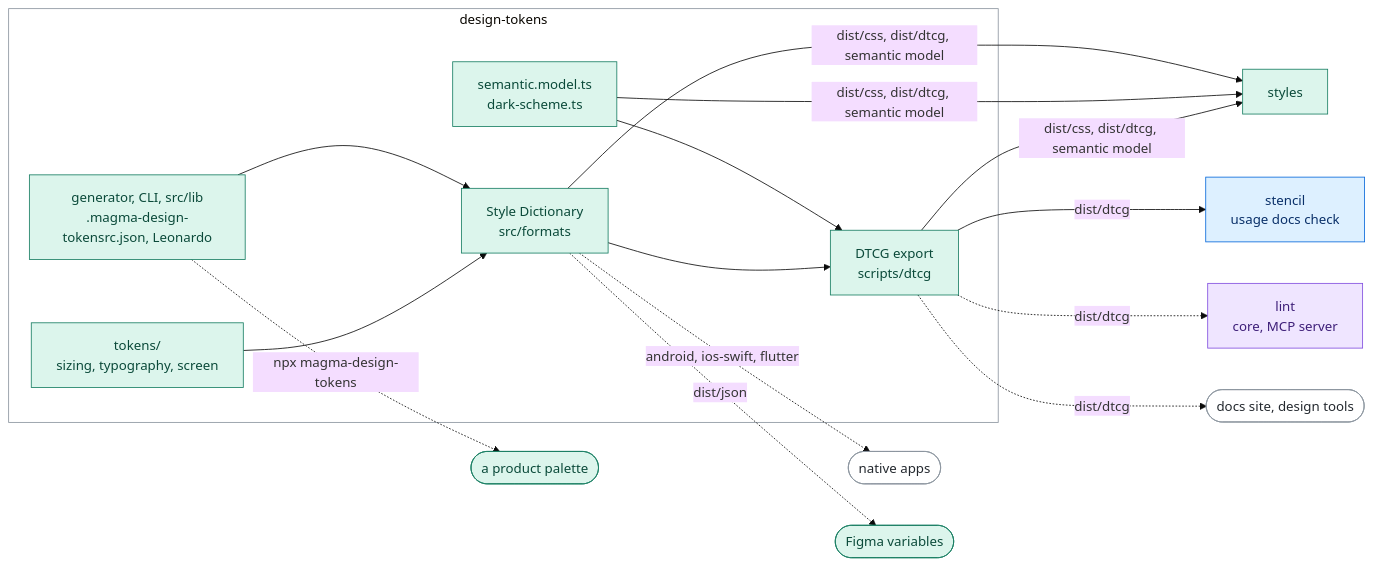
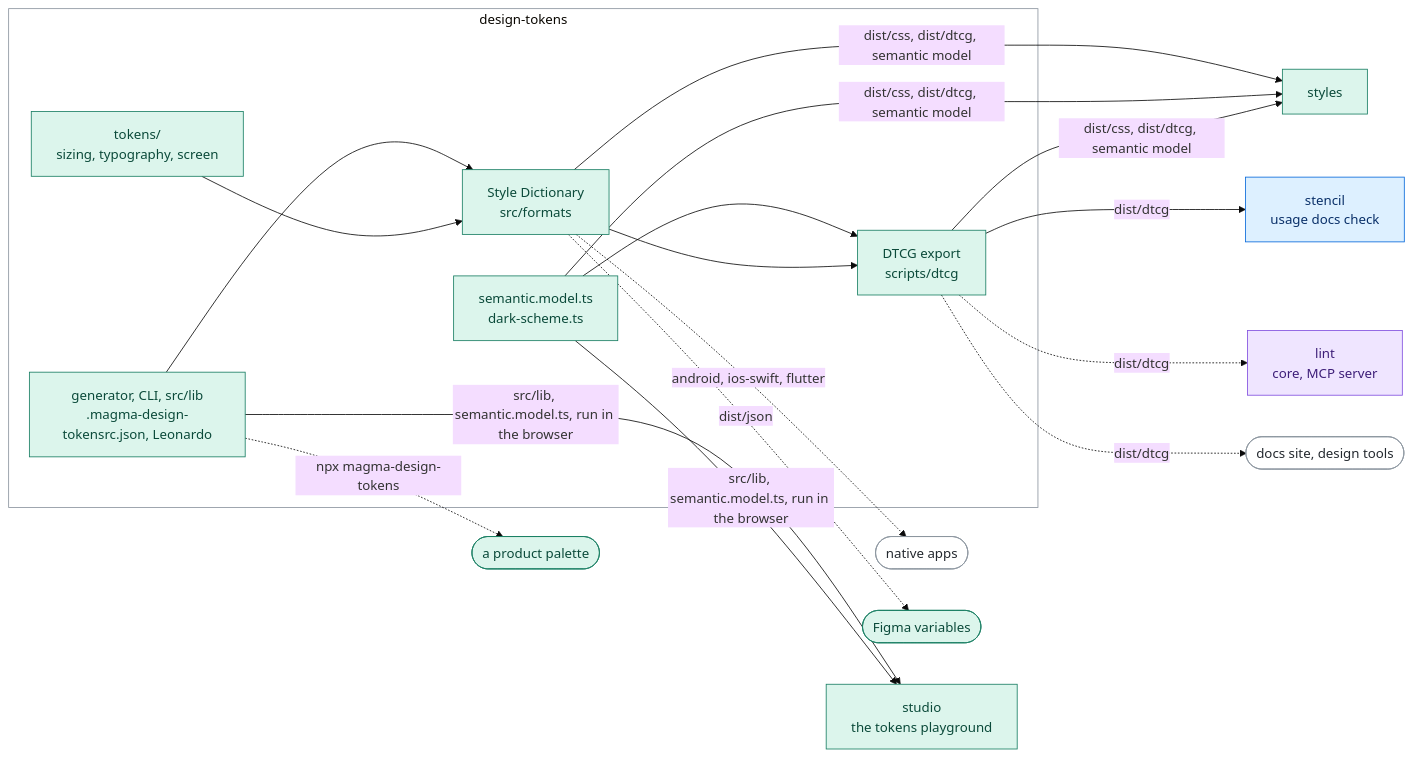
One commit to magma-design-system/magma changed the diagram in projects/design-tokens/README.md. Above: the diagram before and after it, drawn with Mermaid (base theme). The commit also changed other lines of this file and 46 other files, not shown here.

````diff
--- a/projects/design-tokens/README.md
+++ b/projects/design-tokens/README.md
@@ -14,33 +14,34 @@
 ```mermaid
 flowchart LR
   subgraph dt["design-tokens"]
     GEN["generator, CLI, src/lib<br/>.magma-design-tokensrc.json, Leonardo"]
     TOK["tokens/<br/>sizing, typography, screen"]
     SD["Style Dictionary<br/>src/formats"]
     MODEL["semantic.model.ts<br/>dark-scheme.ts"]
     DTCG["DTCG export<br/>scripts/dtcg"]
     GEN --> SD
     TOK --> SD
     MODEL --> DTCG
     SD --> DTCG
   end
   SD & MODEL & DTCG -->|"dist/css, dist/dtcg, semantic model"| ST["styles"]
   DTCG -->|"dist/dtcg"| WC["stencil<br/>usage docs check"]
   DTCG -.->|"dist/dtcg"| LINT["lint<br/>core, MCP server"]
   DTCG -.->|"dist/dtcg"| DOCS(["docs site, design tools"])
   SD -.->|"android, ios-swift, flutter"| NATIVE(["native apps"])
   SD -.->|"dist/json"| FIGMA(["Figma variables"])
+  GEN & MODEL -->|"src/lib, semantic.model.ts, run in the browser"| STU["studio<br/>the tokens playground"]
   GEN -.->|"npx magma-design-tokens"| PROD(["a product palette"])
   class LINT ai
-  class GEN,TOK,SD,MODEL,DTCG,ST,FIGMA,PROD visual
+  class GEN,TOK,SD,MODEL,DTCG,ST,STU,FIGMA,PROD visual
   class WC components
   class DOCS,NATIVE outside
   class dt area
   classDef ai fill:#efe5ff,stroke:#8250df,color:#3e1f79
   classDef assets fill:#fff1d6,stroke:#bf8700,color:#5c3d00
   classDef visual fill:#dcf5ec,stroke:#1a7f64,color:#0b4a3a
   classDef components fill:#ddf0ff,stroke:#0969da,color:#0a3069
   classDef tooling fill:#eceff3,stroke:#57606a,color:#24292f
   classDef outside fill:#ffffff,stroke:#8c959f,color:#24292f
   classDef area fill:none,stroke:#8c959f
 ```
````
